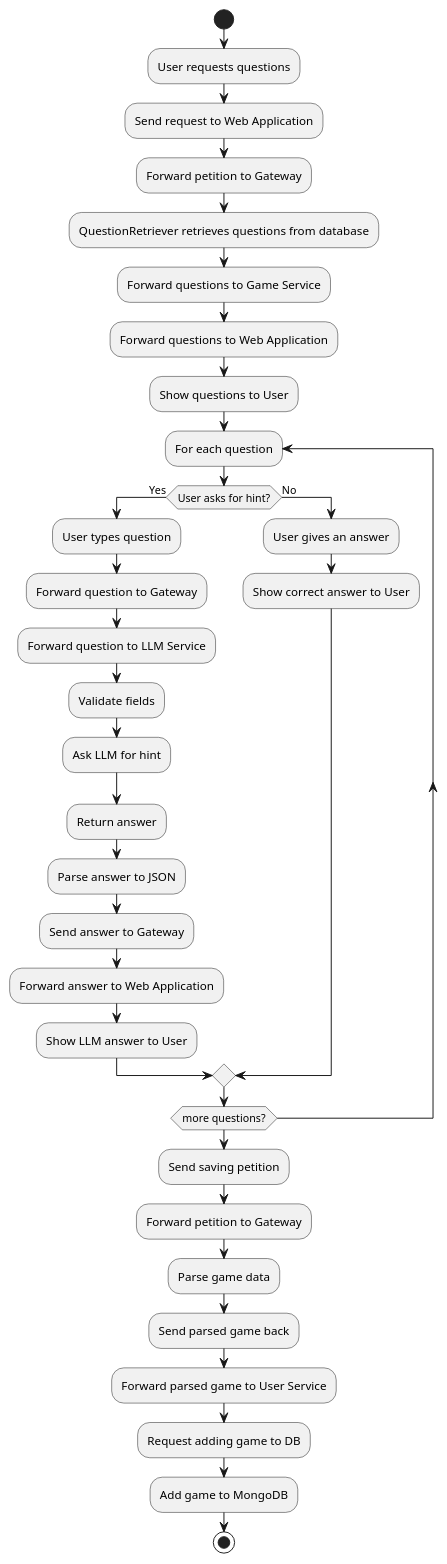
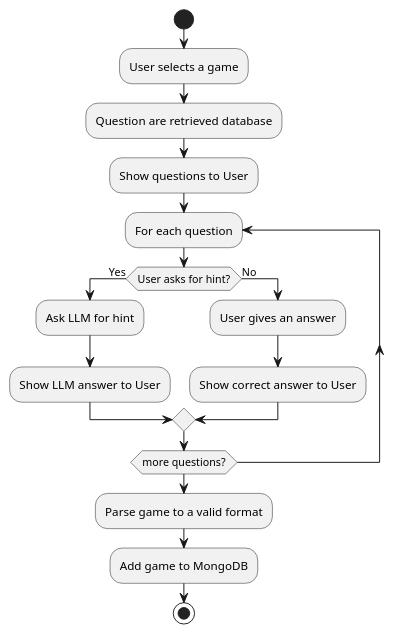
Before and after one commit to Arquisoft/wichat_en2b: the third of 3 diagrams in docs/src/06_runtime_view.adoc, drawn with PlantUML. The commit also changed other lines of this file, not shown here.

Commit message:
#140 - Reviewed runtime (also simplified diagrams)

```diff
--- a/docs/src/06_runtime_view.adoc
+++ b/docs/src/06_runtime_view.adoc
@@ -120,41 +96,24 @@
 [plantuml,"Game diagram",png]
 ----
 start
 
-:User requests questions;
-:Send request to Web Application;
-:Forward petition to Gateway;
-:QuestionRetriever retrieves questions from database;
-:Forward questions to Game Service;
-:Forward questions to Web Application;
+:User selects a game;
+:Question are retrieved database;
 :Show questions to User;
 
 repeat :For each question;
     
     if (User asks for hint?) then (Yes)
-        :User types question;
-        :Forward question to Gateway;
-        :Forward question to LLM Service;
-        :Validate fields;
         :Ask LLM for hint;
-        :Return answer;
-        :Parse answer to JSON;
-        :Send answer to Gateway;
-        :Forward answer to Web Application;
         :Show LLM answer to User;
     else (No)
         :User gives an answer;
         :Show correct answer to User;
     endif
 repeat while (more questions?)
 
-:Send saving petition;
-:Forward petition to Gateway;
-:Parse game data;
-:Send parsed game back;
-:Forward parsed game to User Service;
-:Request adding game to DB;
+:Parse game to a valid format;
 :Add game to MongoDB;
 
 stop
 ----
```
